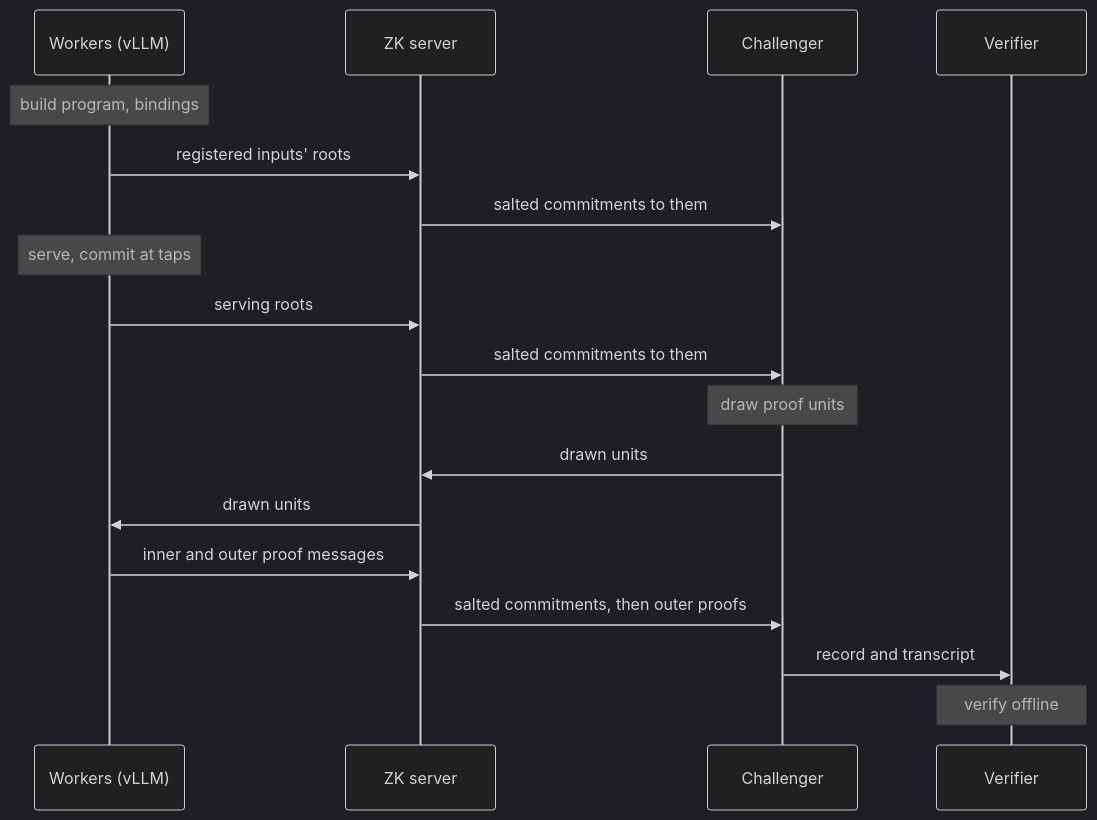
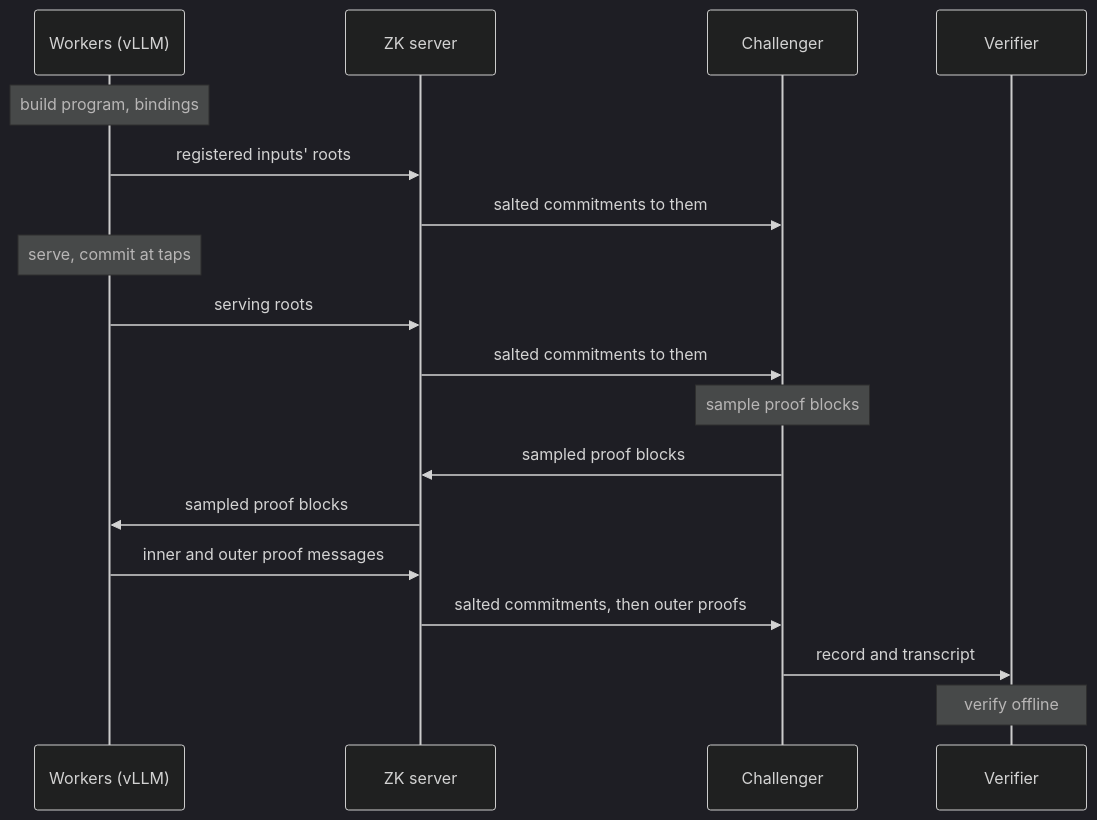
The diagram in docs/content/integrations/vllm.md (Geodesic-Fox/verity-docs-staging), drawn with Mermaid (dark theme) before and after one commit. The commit also changed other lines of this file and 29 other files, not shown here.

```diff
--- a/docs/content/integrations/vllm.md
+++ b/docs/content/integrations/vllm.md
@@ -45,20 +45,20 @@
 ~~~mermaid
 sequenceDiagram
   participant W as Workers (vLLM)
   participant Z as ZK server
   participant H as Challenger
   participant V as Verifier
   Note over W: build program, bindings
   W->>Z: registered inputs' roots
   Z->>H: salted commitments to them
   Note over W: serve, commit at taps
   W->>Z: serving roots
   Z->>H: salted commitments to them
-  Note over H: draw proof units
-  H->>Z: drawn units
-  Z->>W: drawn units
+  Note over H: sample proof blocks
+  H->>Z: sampled proof blocks
+  Z->>W: sampled proof blocks
   W->>Z: inner and outer proof messages
   Z->>H: salted commitments, then outer proofs
   H->>V: record and transcript
   Note over V: verify offline
 ~~~
```
